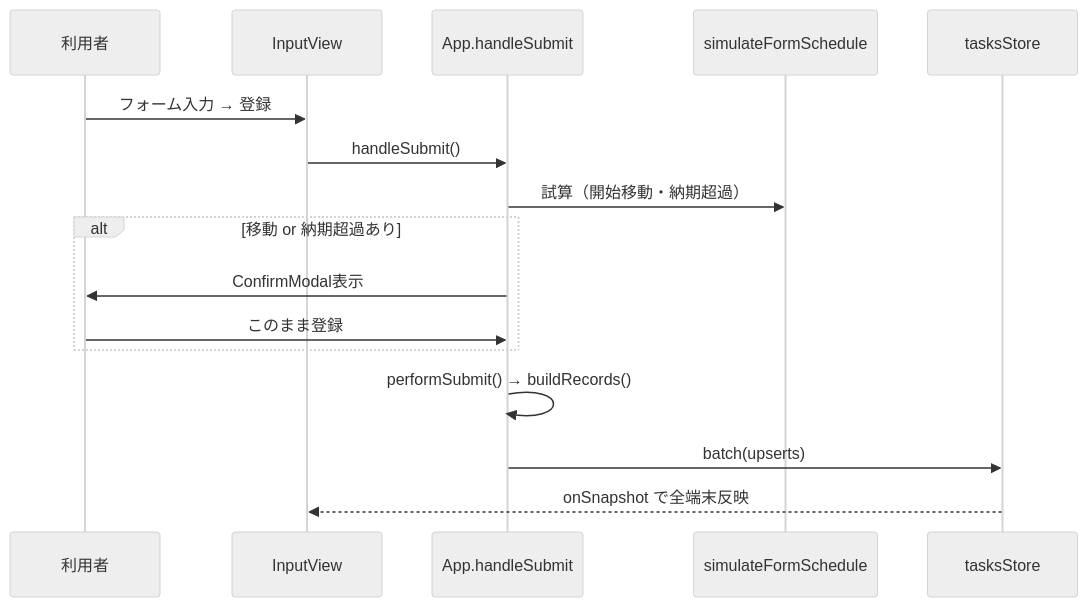
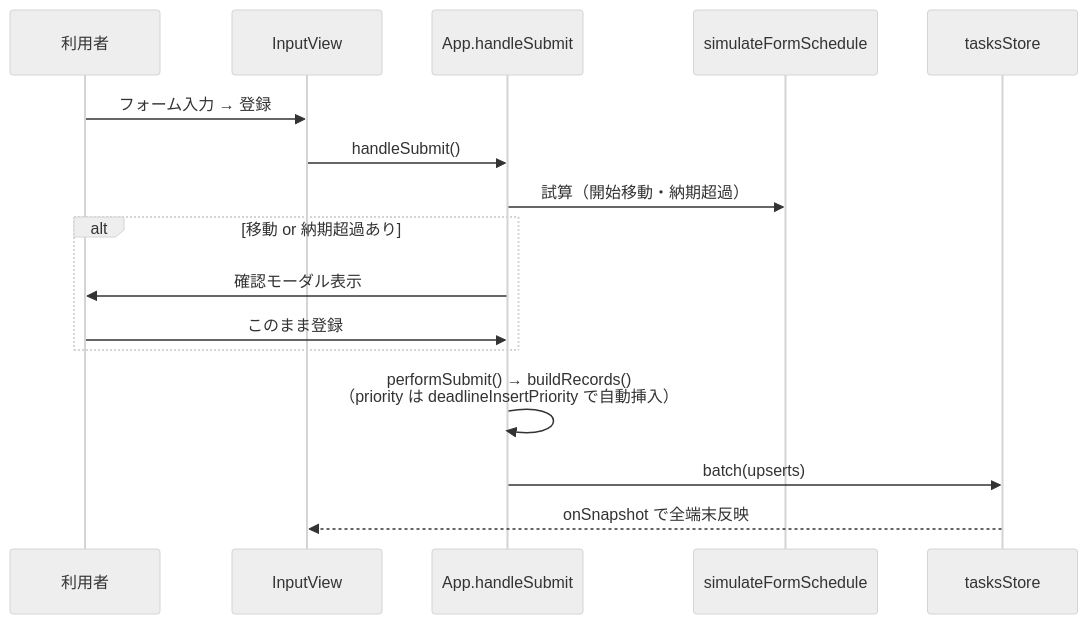
The second of 6 diagrams in docs/04_詳細設計書.md (NAKAMUAR/koutei-zu), drawn with Mermaid (neutral theme) before and after one commit. The commit also changed other lines of this file and 5 other files, not shown here.

````diff
--- a/docs/04_詳細設計書.md
+++ b/docs/04_詳細設計書.md
@@ -142,19 +269,19 @@
 ```mermaid
 sequenceDiagram
     participant U as 利用者
     participant V as InputView
     participant A as App.handleSubmit
     participant S as simulateFormSchedule
     participant DB as tasksStore
 
     U->>V: フォーム入力 → 登録
     V->>A: handleSubmit()
     A->>S: 試算（開始移動・納期超過）
     alt 移動 or 納期超過あり
-        A->>U: ConfirmModal表示
+        A->>U: 確認モーダル表示
         U->>A: このまま登録
     end
-    A->>A: performSubmit() → buildRecords()
+    A->>A: performSubmit() → buildRecords()<br/>（priority は deadlineInsertPriority で自動挿入）
     A->>DB: batch(upserts)
     DB-->>V: onSnapshot で全端末反映
 ```
````
